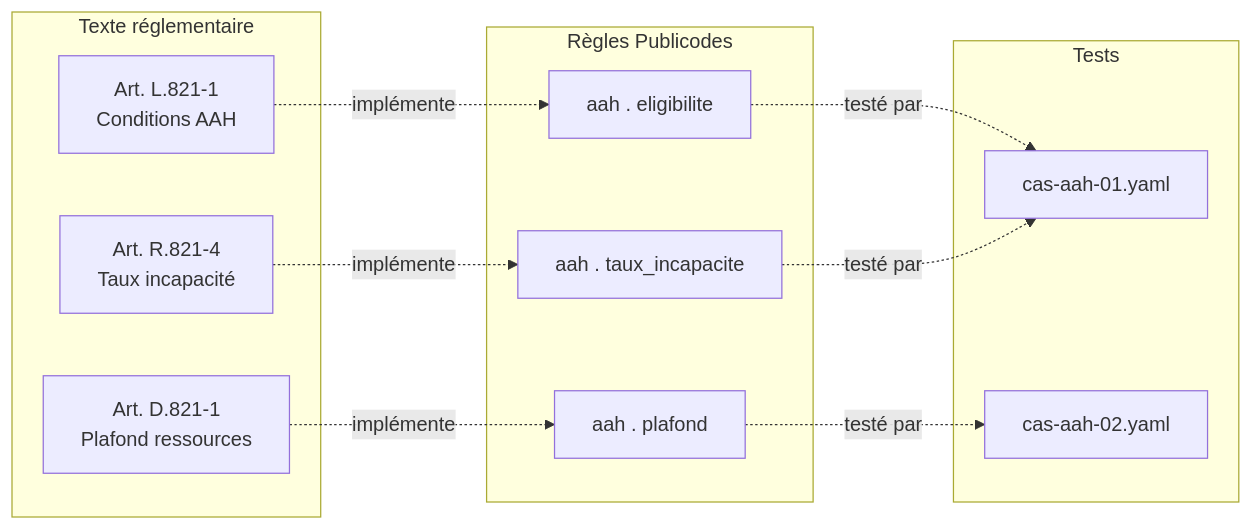
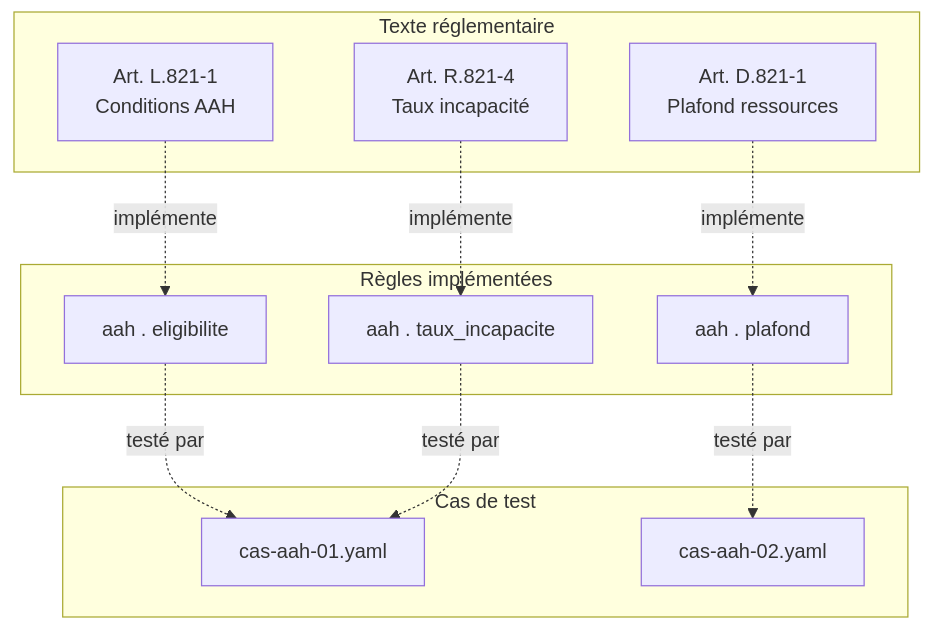
Before and after one commit to ShallowRed/aides-simplifiees-docs: the sixth of 6 diagrams in docs/99_annexe/ressources-visuelles.md, drawn with Mermaid. The commit also changed other lines of this file and 7 other files, not shown here.

````diff
--- a/docs/99_annexe/ressources-visuelles.md
+++ b/docs/99_annexe/ressources-visuelles.md
@@ -354,26 +230,26 @@
 ```mermaid
-flowchart LR
+flowchart TD
     subgraph "Texte réglementaire"
         T1["Art. L.821-1<br/>Conditions AAH"]
         T2["Art. R.821-4<br/>Taux incapacité"]
         T3["Art. D.821-1<br/>Plafond ressources"]
     end
     
-    subgraph "Règles Publicodes"
+    subgraph "Règles implémentées"
         R1["aah . eligibilite"]
         R2["aah . taux_incapacite"]
         R3["aah . plafond"]
     end
     
-    subgraph "Tests"
+    subgraph "Cas de test"
         C1["cas-aah-01.yaml"]
         C2["cas-aah-02.yaml"]
     end
     
     T1 -.->|implémente| R1
     T2 -.->|implémente| R2
     T3 -.->|implémente| R3
     R1 -.->|testé par| C1
     R2 -.->|testé par| C1
     R3 -.->|testé par| C2
 ```
````
